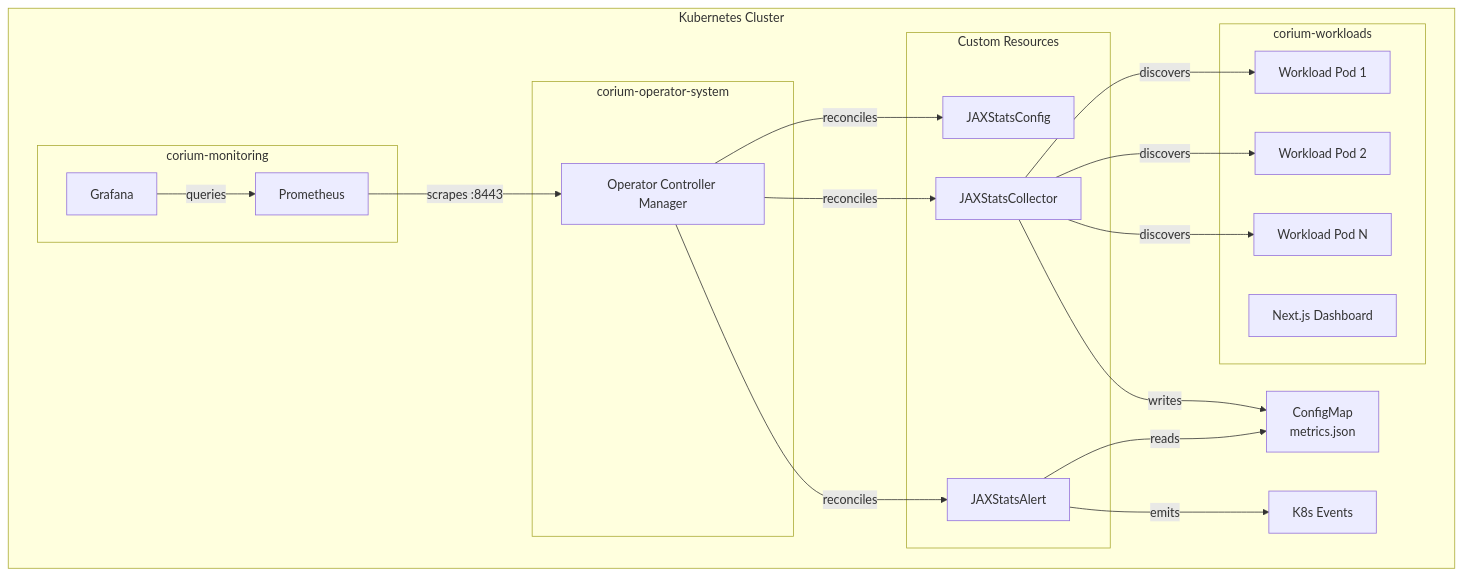
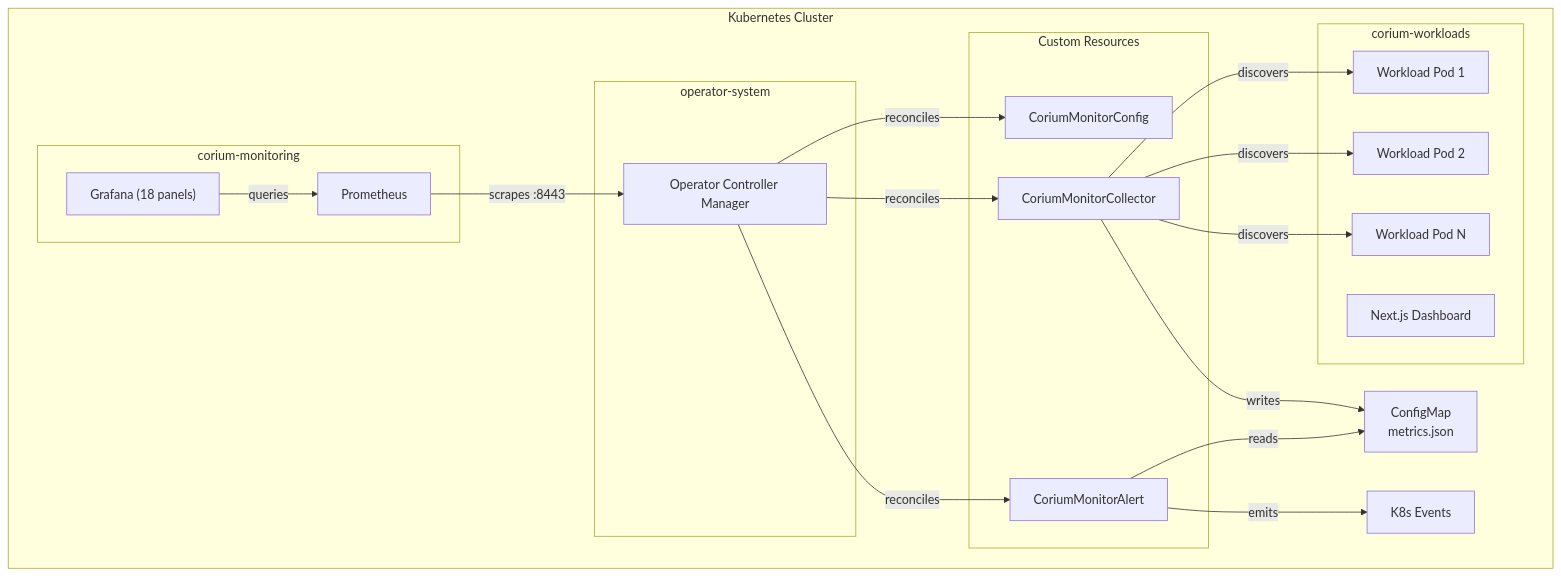
The first of 5 diagrams in operator/README.md (rsanandres/corium), drawn with Mermaid before and after one commit. The commit also changed other lines of this file and 111 other files, not shown here.

First line of the commit message:
Rename JaxStats to CoriumMonitor, expand Grafana dashboard, fix demo

````diff
--- a/operator/README.md
+++ b/operator/README.md
@@ -9,39 +9,39 @@
 ```mermaid
 flowchart TB
     subgraph K8s["Kubernetes Cluster"]
-        subgraph ONS["corium-operator-system"]
+        subgraph ONS["operator-system"]
             OP[Operator Controller Manager]
         end
 
         subgraph WNS["corium-workloads"]
             D[Next.js Dashboard]
             WP1[Workload Pod 1]
             WP2[Workload Pod 2]
             WP3[Workload Pod N]
         end
 
         subgraph MNS["corium-monitoring"]
             PROM[Prometheus]
-            GRAF[Grafana]
+            GRAF["Grafana (18 panels)"]
         end
 
         subgraph CRDs["Custom Resources"]
-            CFG[JAXStatsConfig]
-            COL[JAXStatsCollector]
-            ALT[JAXStatsAlert]
+            CFG[CoriumMonitorConfig]
+            COL[CoriumMonitorCollector]
+            ALT[CoriumMonitorAlert]
         end
 
         CM[ConfigMap\nmetrics.json]
         EV[K8s Events]
     end
 
     OP -->|reconciles| CFG
     OP -->|reconciles| COL
     OP -->|reconciles| ALT
     COL -->|discovers| WP1 & WP2 & WP3
     COL -->|writes| CM
     ALT -->|reads| CM
     ALT -->|emits| EV
     PROM -->|scrapes :8443| OP
     GRAF -->|queries| PROM
 ```
````
